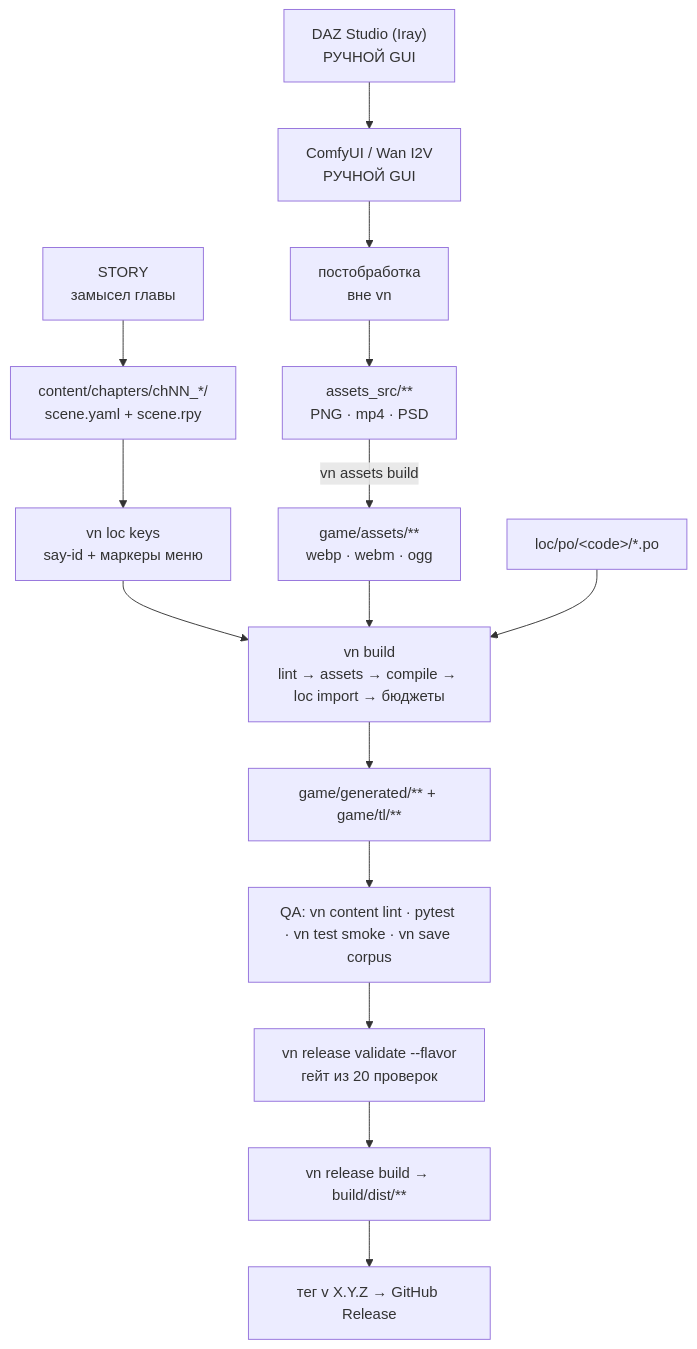
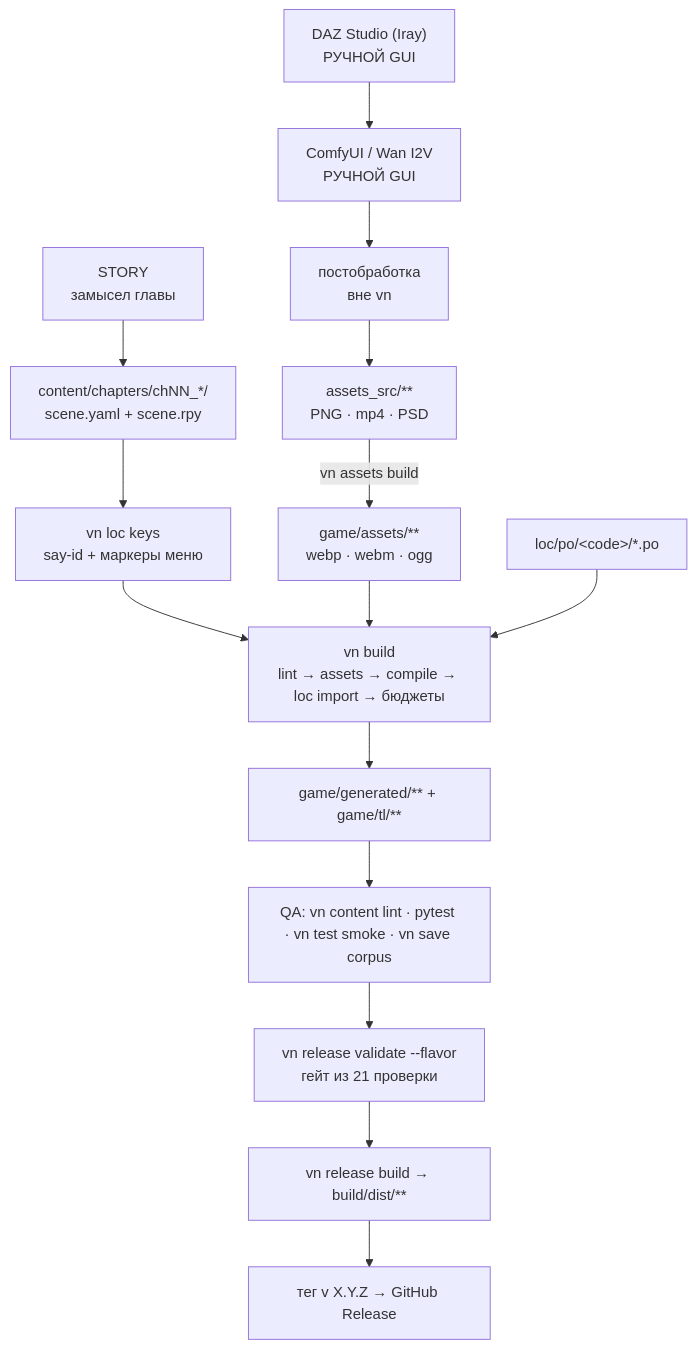
Before and after one commit to Onemyname/renpy: the diagram in docs/handbook/README.md, drawn with Mermaid. The commit also changed other lines of this file and 82 other files, not shown here.

````diff
--- a/docs/handbook/README.md
+++ b/docs/handbook/README.md
@@ -223,17 +223,17 @@
 ```mermaid
 flowchart TB
     S["STORY<br/>замысел главы"] --> SC["content/chapters/chNN_*/<br/>scene.yaml + scene.rpy"]
     SC --> LK["vn loc keys<br/>say-id + маркеры меню"]
     R["DAZ Studio (Iray)<br/>РУЧНОЙ GUI"] --> AI["ComfyUI / Wan I2V<br/>РУЧНОЙ GUI"]
     AI --> PP["постобработка<br/>вне vn"]
     PP --> SRC["assets_src/**<br/>PNG · mp4 · PSD"]
     SRC -->|"vn assets build"| GA["game/assets/**<br/>webp · webm · ogg"]
     LK --> CC["vn build<br/>lint → assets → compile → loc import → бюджеты"]
     GA --> CC
     PO["loc/po/&lt;code&gt;/*.po"] --> CC
     CC --> GEN["game/generated/** + game/tl/**"]
     GEN --> QA["QA: vn content lint · pytest · vn test smoke · vn save corpus"]
-    QA --> GATE["vn release validate --flavor<br/>гейт из 20 проверок"]
+    QA --> GATE["vn release validate --flavor<br/>гейт из 21 проверки"]
     GATE --> DIST["vn release build → build/dist/**"]
     DIST --> REL["тег v X.Y.Z → GitHub Release"]
 ```
````
